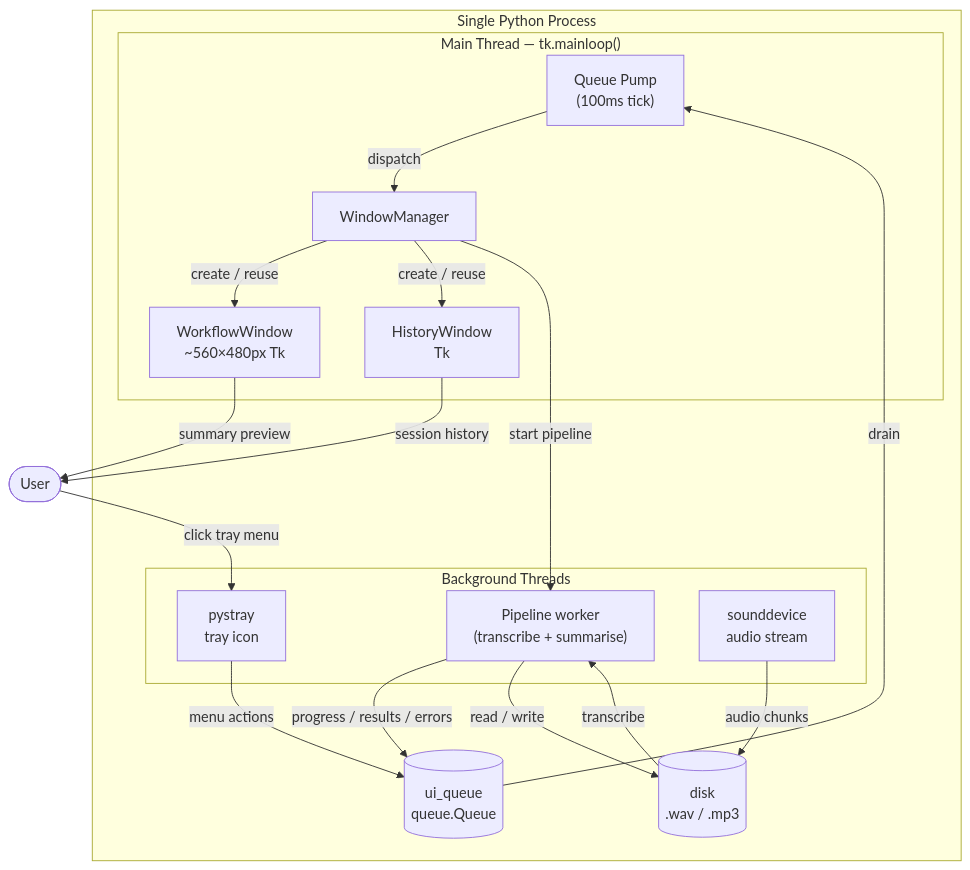
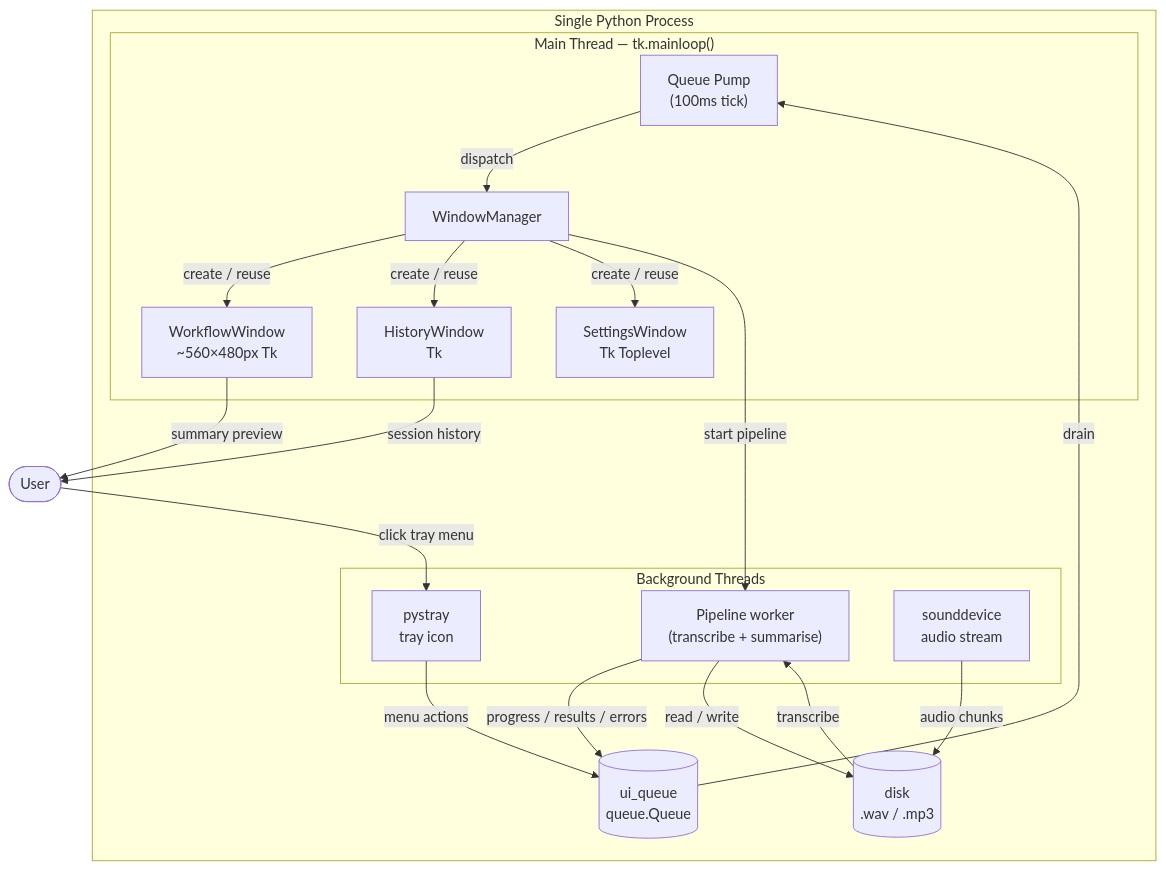
Before and after one commit to suryav0104/summarizeaudio: the diagram in docs/architecture.md, drawn with Mermaid. The commit also changed other lines of this file and 2 other files, not shown here.

First line of the commit message:
docs: settings window architecture + ADR-006 + learnings

````diff
--- a/docs/architecture.md
+++ b/docs/architecture.md
@@ -148,31 +150,33 @@
 ```mermaid
 flowchart TB
     subgraph proc["Single Python Process"]
         subgraph main["Main Thread — tk.mainloop()"]
             QP["Queue Pump\n(100ms tick)"]
             WM["WindowManager"]
             WW["WorkflowWindow\n~560×480px Tk"]
             HW["HistoryWindow\nTk"]
+            SW["SettingsWindow\nTk Toplevel"]
             QP -->|dispatch| WM
             WM -->|create / reuse| WW
             WM -->|create / reuse| HW
+            WM -->|create / reuse| SW
         end
         subgraph bg["Background Threads"]
             PT["pystray\ntray icon"]
             PL["Pipeline worker\n(transcribe + summarise)"]
             SD["sounddevice\naudio stream"]
         end
         Q[("ui_queue\nqueue.Queue")]
         PT -->|menu actions| Q
         PL -->|progress / results / errors| Q
         Q -->|drain| QP
         WM -->|start pipeline| PL
         SD -->|audio chunks| DISK[("disk\n.wav / .mp3")]
         PL -->|read / write| DISK
     end
 
     USER(["User"]) -->|click tray menu| PT
     DISK -->|transcribe| PL
     WW -->|summary preview| USER
     HW -->|session history| USER
 ```
````
